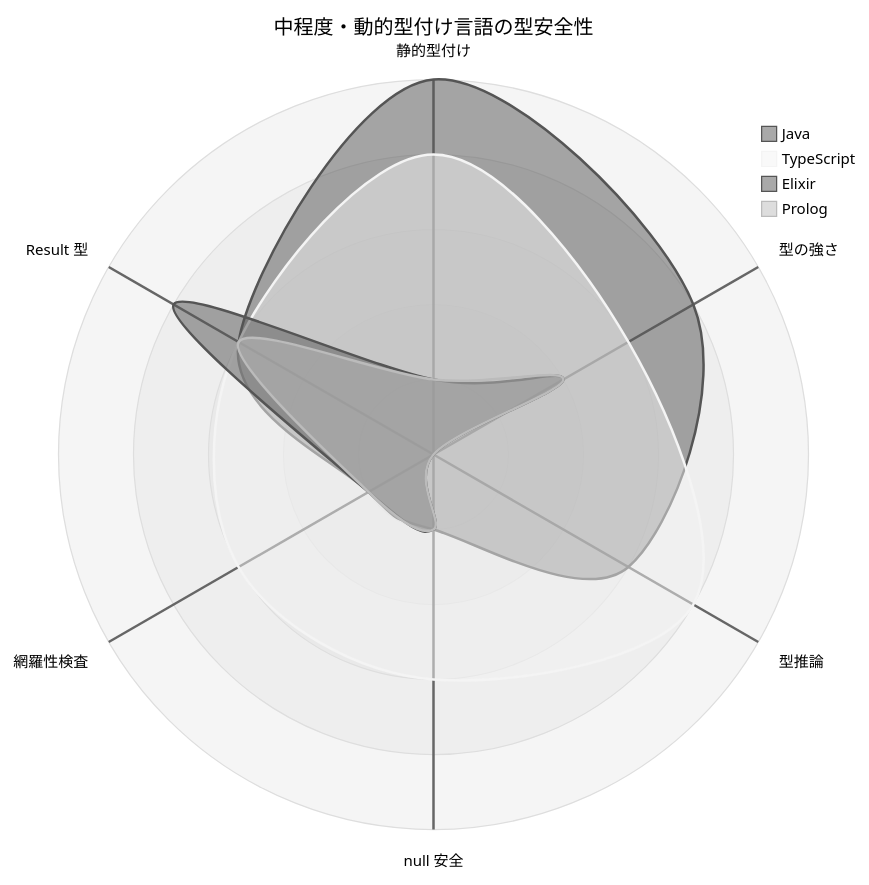
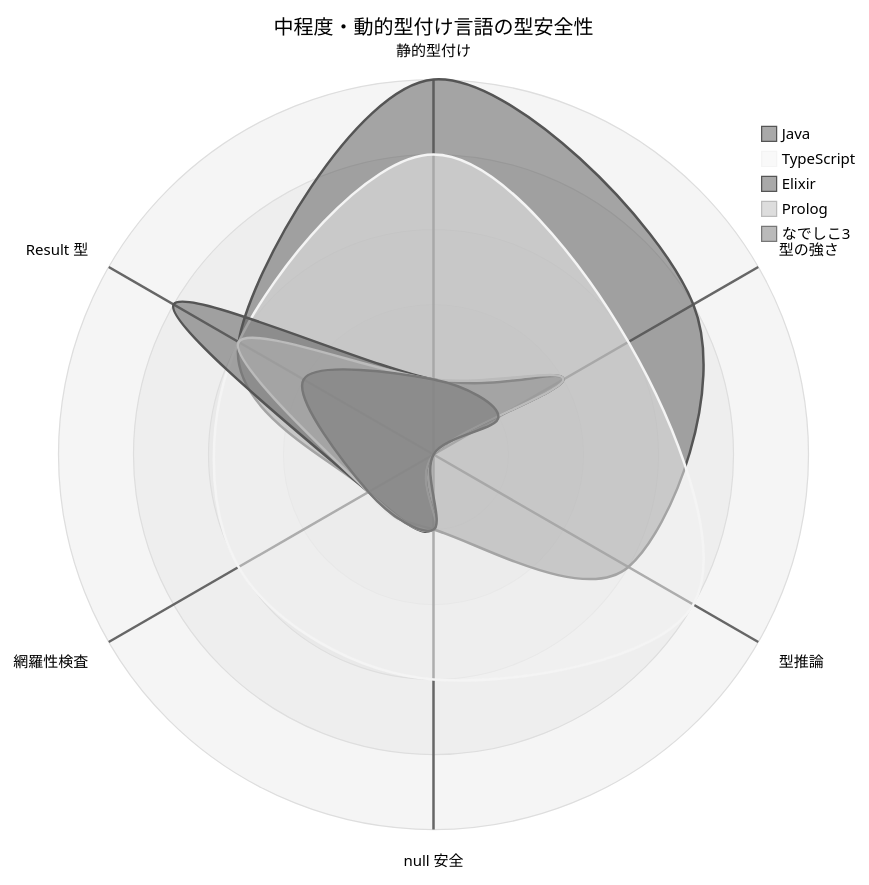
Before and after one commit to k2works/getting-started-tdd: the second of 2 diagrams in docs/article/integration/04-type-system-comparison.md, drawn with Mermaid (neutral theme). The commit also changed other lines of this file and 10 other files, not shown here.

````diff
--- a/docs/article/integration/04-type-system-comparison.md
+++ b/docs/article/integration/04-type-system-comparison.md
@@ -511,12 +578,13 @@
 ```mermaid
 radar-beta
   title 中程度・動的型付け言語の型安全性
   axis st["静的型付け"], sg["型の強さ"], ti["型推論"]
   axis ns["null 安全"], ex["網羅性検査"], rs["Result 型"]
   curve java["Java"]{5, 4, 3, 1, 1, 3}
   curve ts["TypeScript"]{4, 3, 4, 3, 3, 3}
   curve elixir["Elixir"]{1, 2, 0, 1, 1, 4}
   curve prolog["Prolog"]{1, 2, 0, 1, 1, 3}
+  curve nadesiko["なでしこ3"]{1, 1, 0, 1, 1, 2}
   max 5
   min 0
 ```
````
